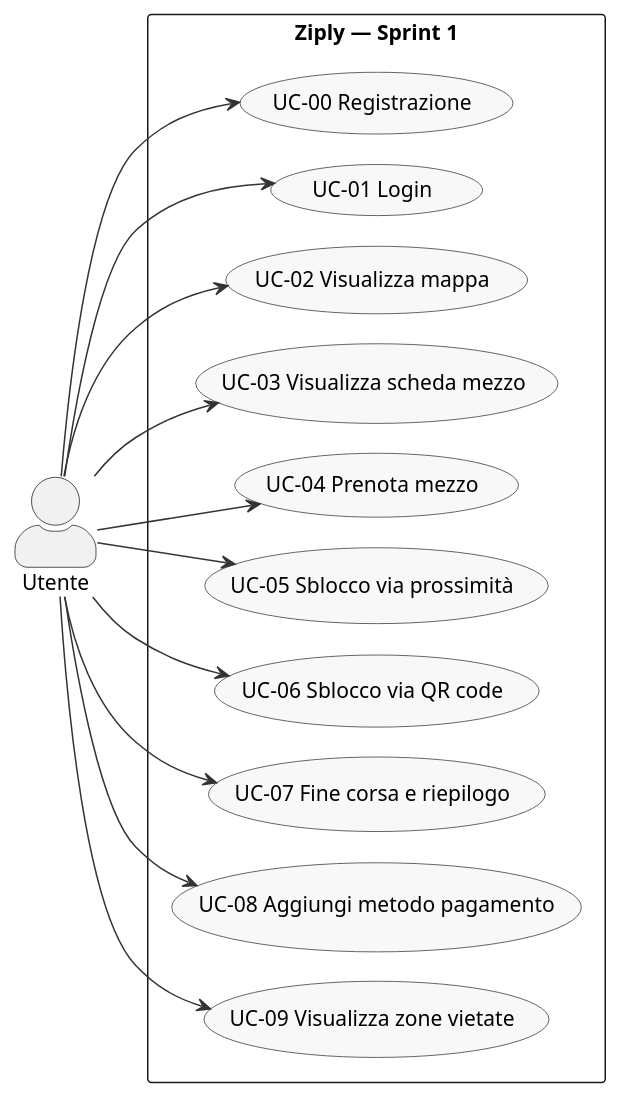
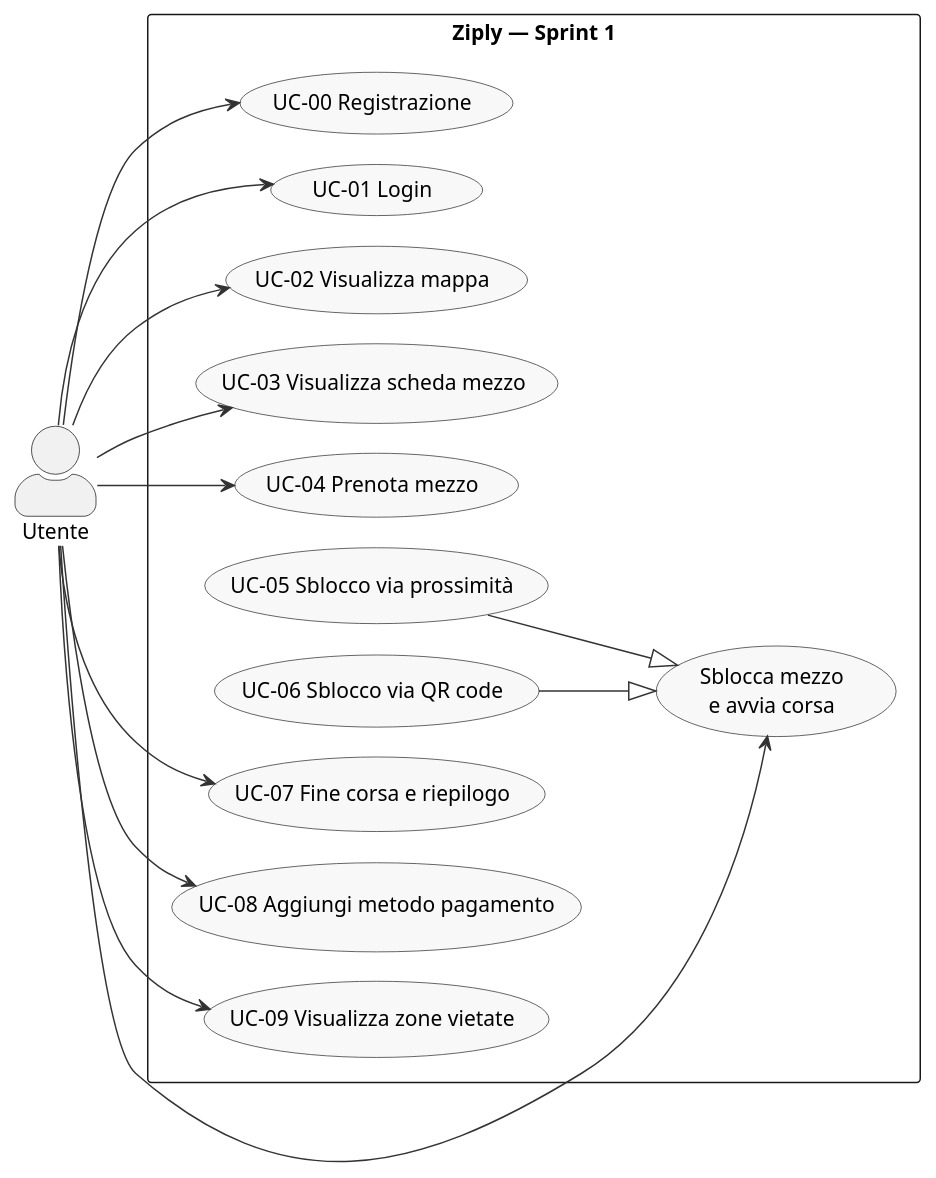
One commit to Lorisforse/Zipply changed the diagram in docs/diagrams/puml/Sprint 1/sprint1_usecase.puml. Above: the diagram before and after it, drawn with PlantUML. The commit also changed 65 other files, not shown here.

Commit message:
Aggiunta UML sprint 3

```diff
--- a/docs/diagrams/puml/Sprint 1/sprint1_usecase.puml
+++ b/docs/diagrams/puml/Sprint 1/sprint1_usecase.puml
@@ -1,36 +1,42 @@
 @startuml sprint1_usecase
 skinparam actorStyle awesome
 skinparam usecaseBorderColor #333333
 skinparam usecaseBackgroundColor #F8F8F8
 skinparam arrowColor #333333
 skinparam nodesep 20
 skinparam ranksep 50
 
 left to right direction
 
 actor Utente as U
 
 rectangle "Ziply — Sprint 1" {
     usecase "UC-00 Registrazione" as UC00
     usecase "UC-01 Login" as UC01
     usecase "UC-02 Visualizza mappa" as UC02
     usecase "UC-03 Visualizza scheda mezzo" as UC03
     usecase "UC-04 Prenota mezzo" as UC04
+    usecase "Sblocca mezzo\ne avvia corsa" as UCSB
     usecase "UC-05 Sblocco via prossimità" as UC05
     usecase "UC-06 Sblocco via QR code" as UC06
     usecase "UC-07 Fine corsa e riepilogo" as UC07
     usecase "UC-08 Aggiungi metodo pagamento" as UC08
     usecase "UC-09 Visualizza zone vietate" as UC09
 }
 
 U --> UC00
 U --> UC01
 U --> UC02
 U --> UC03
 U --> UC04
-U --> UC05
-U --> UC06
+U --> UCSB
 U --> UC07
 U --> UC08
 U --> UC09
+
+' UC-05 e UC-06 sono due metodi alternativi dello stesso obiettivo
+' (sbloccare il mezzo e avviare la corsa): specializzano il caso d'uso
+' generale, da cui ereditano l'associazione con l'Utente.
+UC05 --|> UCSB
+UC06 --|> UCSB
 @enduml
```
